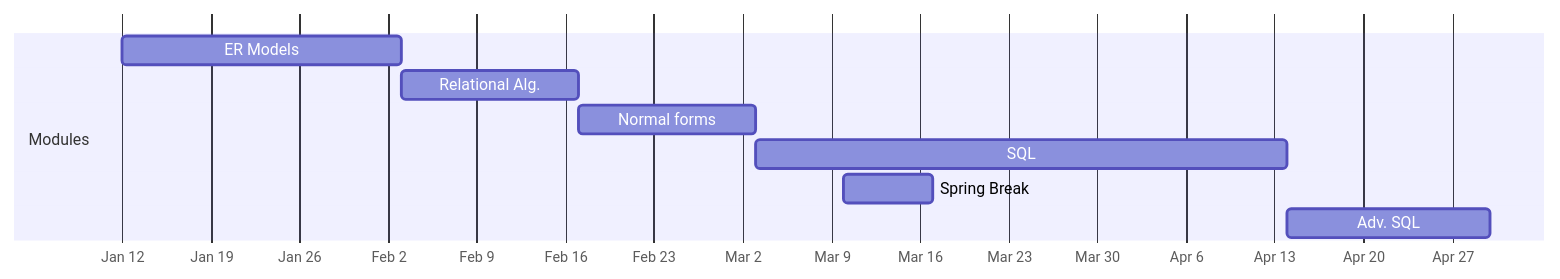
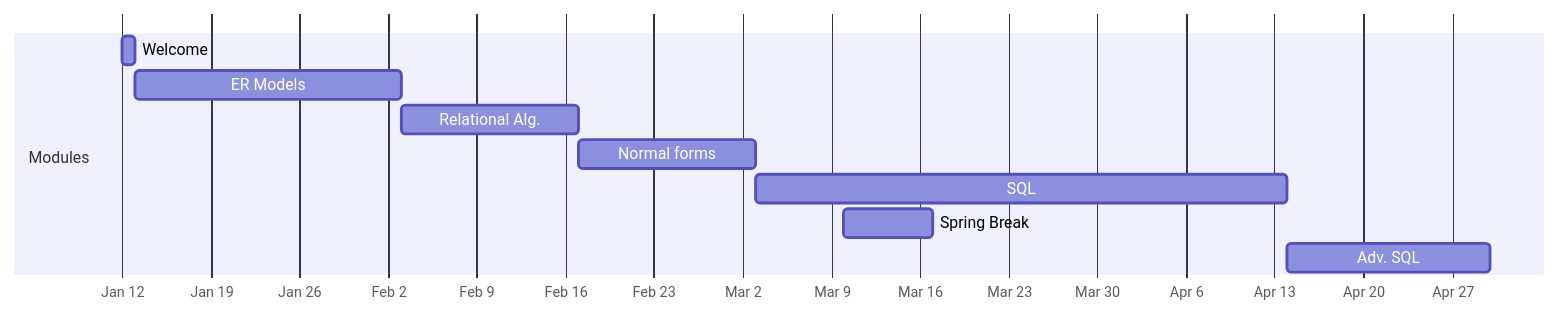
Before and after one commit to lowkeylabs/cmsc408-course-admin: the diagram in sp2025/gantts/modules-gantt.mmd, drawn with Mermaid. The commit also changed 8 other files, not shown here.

Commit message:
detailed gantt

```diff
--- a/sp2025/gantts/modules-gantt.mmd
+++ b/sp2025/gantts/modules-gantt.mmd
@@ -1,12 +1,13 @@
 gantt
     dateFormat YYYY-MM-DD
     axisFormat %b %e
     todayMarker stroke-width:7px,stroke:#FFB300,opacity:0.5
 
     section Modules
-    ER Models : m0, 2025-01-12, 2025-02-03
-    Relational Alg. : m1, 2025-02-03, 2025-02-17
-    Normal forms : m2, 2025-02-17, 2025-03-03
-    SQL : m3, 2025-03-03, 2025-04-14
-    Spring Break : m4, 2025-03-10, 2025-03-17
-    Adv. SQL : m5, 2025-04-14, 2025-04-30
+    Welcome : m0, 2025-01-12, 2025-01-13
+    ER Models : m1, 2025-01-13, 2025-02-03
+    Relational Alg. : m2, 2025-02-03, 2025-02-17
+    Normal forms : m3, 2025-02-17, 2025-03-03
+    SQL : m4, 2025-03-03, 2025-04-14
+    Spring Break : m5, 2025-03-10, 2025-03-17
+    Adv. SQL : m6, 2025-04-14, 2025-04-30
```
